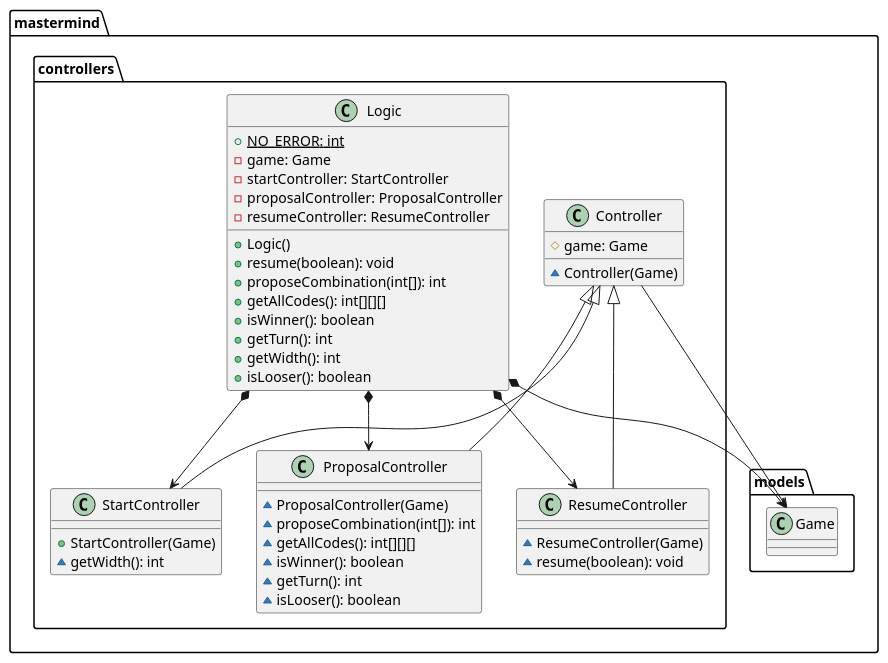
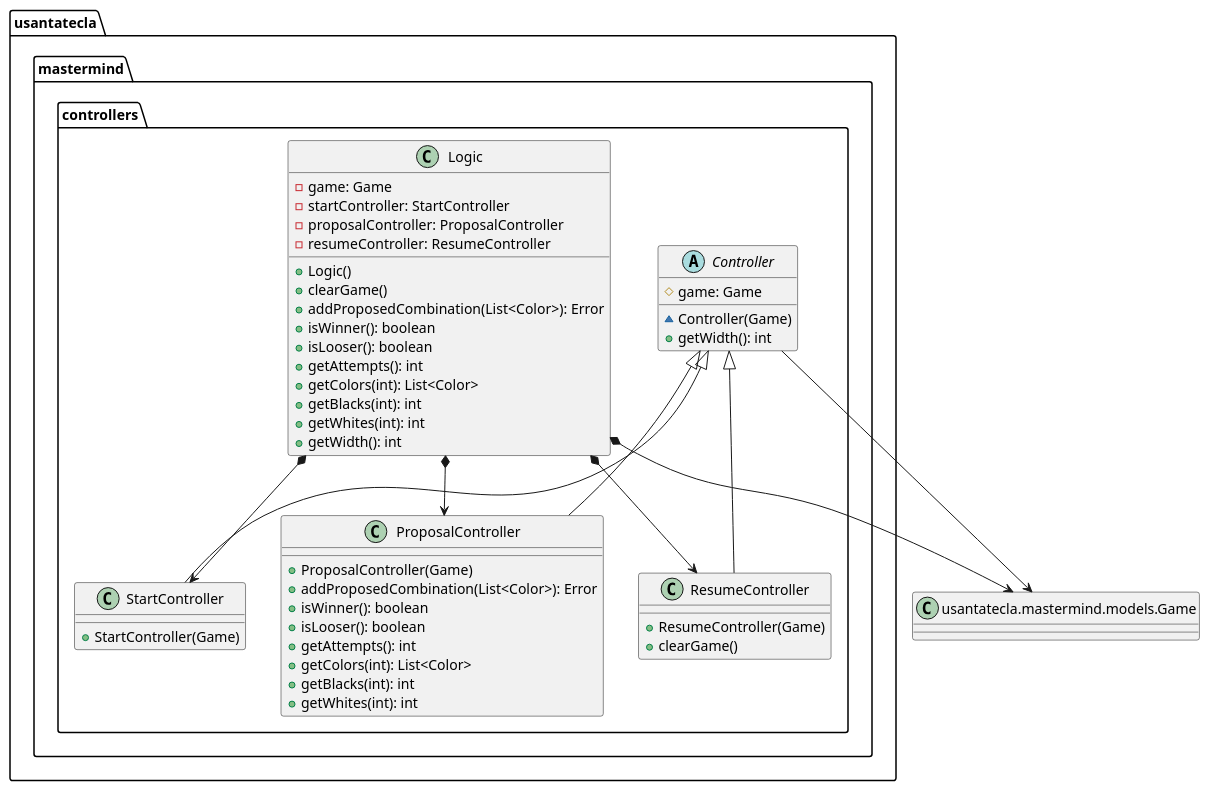
The fourth of 6 diagrams in modelViewPresenter/presentationModel/withFacade/docs/diagrams/src/paquetes.plantuml (SantaTecla-mastermind/solution.java.swing.socket.sql), drawn with PlantUML before and after one commit. The commit also changed other lines of this file and 9 other files, not shown here.

Commit message:
Diagrams MVP WithFacade finished

```diff
--- a/modelViewPresenter/presentationModel/withFacade/docs/diagrams/src/paquetes.plantuml
+++ b/modelViewPresenter/presentationModel/withFacade/docs/diagrams/src/paquetes.plantuml
@@ -139,49 +234,57 @@
 @startuml usantatecla.mastermind.controllers
-class  mastermind.controllers.Controller{
+class Game as "usantatecla.mastermind.models.Game" {
+
+
+}
+
+abstract class  usantatecla.mastermind.controllers.Controller{
 # game: Game
 ~ Controller(Game)
++ getWidth(): int
 }
-mastermind.controllers.Controller -down-> mastermind.models.Game
+usantatecla.mastermind.controllers.Controller -down-> Game
 
-class  mastermind.controllers.Logic{
-+ {static} NO_ERROR: int
+class  usantatecla.mastermind.controllers.Logic{
 - game: Game
 - startController: StartController
 - proposalController: ProposalController
 - resumeController: ResumeController
 + Logic()
-+ resume(boolean): void
-+ proposeCombination(int[]): int
-+ getAllCodes(): int[][][]
++ clearGame()
++ addProposedCombination(List<Color>): Error
 + isWinner(): boolean
-+ getTurn(): int
++ isLooser(): boolean
++ getAttempts(): int
++ getColors(int): List<Color>
++ getBlacks(int): int
++ getWhites(int): int
 + getWidth(): int
+}
+usantatecla.mastermind.controllers.Logic *-down-> usantatecla.mastermind.controllers.ResumeController
+usantatecla.mastermind.controllers.Logic *-down-> usantatecla.mastermind.controllers.StartController
+usantatecla.mastermind.controllers.Logic *-down-> usantatecla.mastermind.controllers.ProposalController
+usantatecla.mastermind.controllers.Logic *-down-> Game
+
+class  usantatecla.mastermind.controllers.ProposalController{
++ ProposalController(Game)
++ addProposedCombination(List<Color>): Error
++ isWinner(): boolean
 + isLooser(): boolean
++ getAttempts(): int
++ getColors(int): List<Color>
++ getBlacks(int): int
++ getWhites(int): int
 }
-mastermind.controllers.Logic *-down-> mastermind.controllers.ResumeController
-mastermind.controllers.Logic *-down-> mastermind.controllers.StartController
-mastermind.controllers.Logic *-down-> mastermind.controllers.ProposalController
-mastermind.controllers.Logic *-down-> mastermind.models.Game
+usantatecla.mastermind.controllers.Controller <|-down- usantatecla.mastermind.controllers.ProposalController
 
-class  mastermind.controllers.ProposalController{
-~ ProposalController(Game)
-~ proposeCombination(int[]): int
-~ getAllCodes(): int[][][]
-~ isWinner(): boolean
-~ getTurn(): int
-~ isLooser(): boolean
+class  usantatecla.mastermind.controllers.ResumeController{
++ ResumeController(Game)
++ clearGame()
 }
-mastermind.controllers.Controller <|-down- mastermind.controllers.ProposalController
+usantatecla.mastermind.controllers.Controller <|-down- usantatecla.mastermind.controllers.ResumeController
 
-class  mastermind.controllers.ResumeController{
-~ ResumeController(Game)
-~ resume(boolean): void
+class  usantatecla.mastermind.controllers.StartController{
++ StartController(Game)
 }
-mastermind.controllers.Controller <|-down- mastermind.controllers.ResumeController
-
-class  mastermind.controllers.StartController{
-+ StartController(Game)
-~ getWidth(): int
-}
-mastermind.controllers.Controller <|-down- mastermind.controllers.StartController
+usantatecla.mastermind.controllers.Controller <|-down- usantatecla.mastermind.controllers.StartController
 @enduml
```
